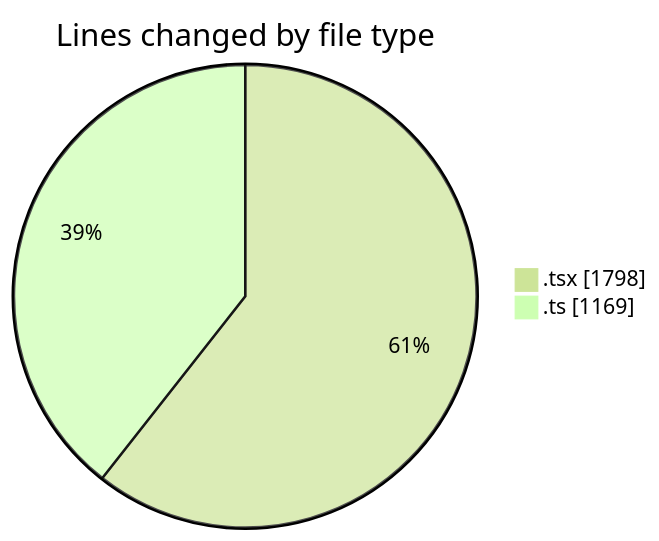
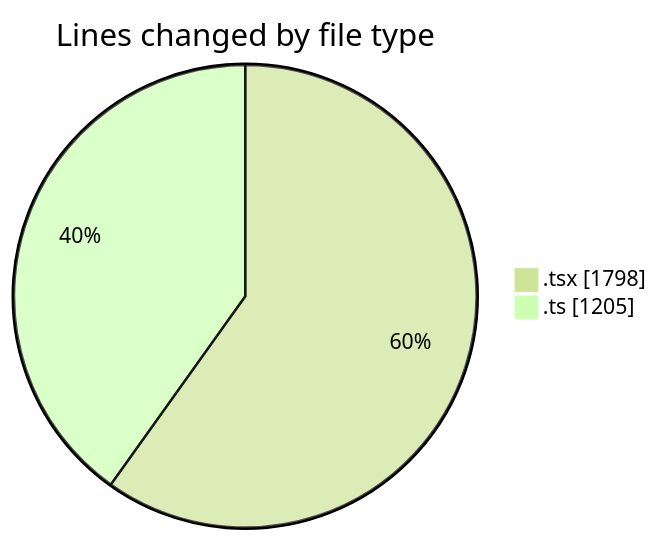
One commit to nxtqubesakshisongat/code-tracking changed the first of 2 diagrams in 2026-03-06/nxtqube_webapp/README.md. Above: the diagram before and after it, drawn with Mermaid (forest theme). The commit also changed other lines of this file and 1 other file, not shown here.

````diff
--- a/2026-03-06/nxtqube_webapp/README.md
+++ b/2026-03-06/nxtqube_webapp/README.md
@@ -28,6 +28,6 @@
 ```mermaid
 pie showData
 title Lines changed by file type
 ".tsx" : 1798
-".ts" : 1169
+".ts" : 1205
 ```
````
